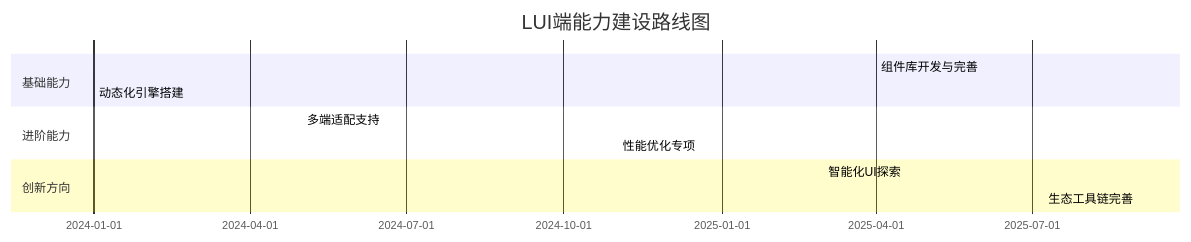
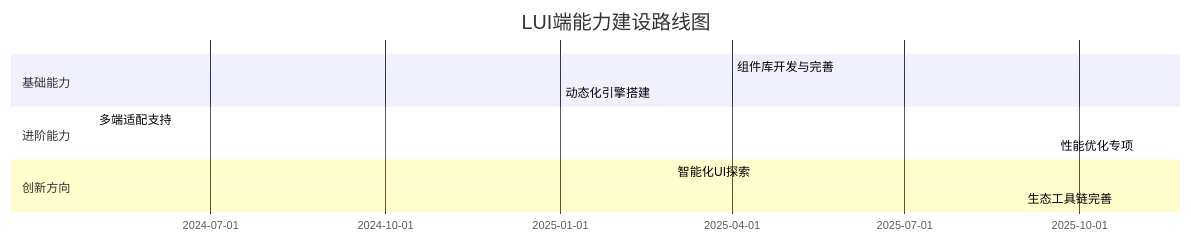
One commit to githubjiao/iodraw-files changed the diagram in all/未命名-3.md. Above: the diagram before and after it, drawn with Mermaid.

Commit message:
2025-03-04 14:10:44 update

````diff
--- a/all/未命名-3.md
+++ b/all/未命名-3.md
@@ -1,14 +1,14 @@
 ```mermaid
 gantt
     title LUI端能力建设路线图
     dateFormat  YYYY-MM
     section 基础能力
     组件库开发与完善       :2025-4, 3m
-    动态化引擎搭建   :2024-01, 4m
+    动态化引擎搭建   :2025-01, 4m
     section 进阶能力
     多端适配支持     :2024-05, 6m
-    性能优化专项     :2024-11, 4m
+    性能优化专项     :2025-11, 4m
     section 创新方向
     智能化UI探索     :2025-03, 6m
     生态工具链完善   :2025-09, 6m
 ```
````
